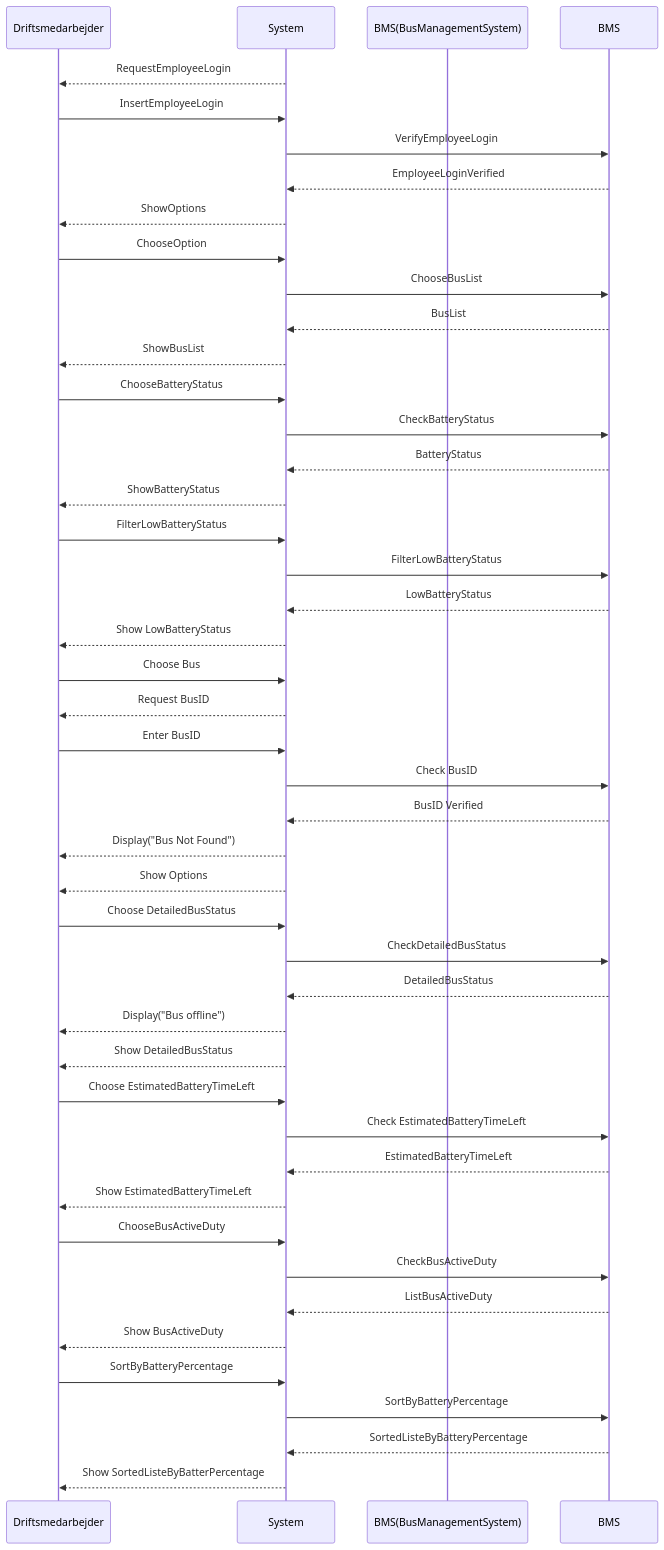
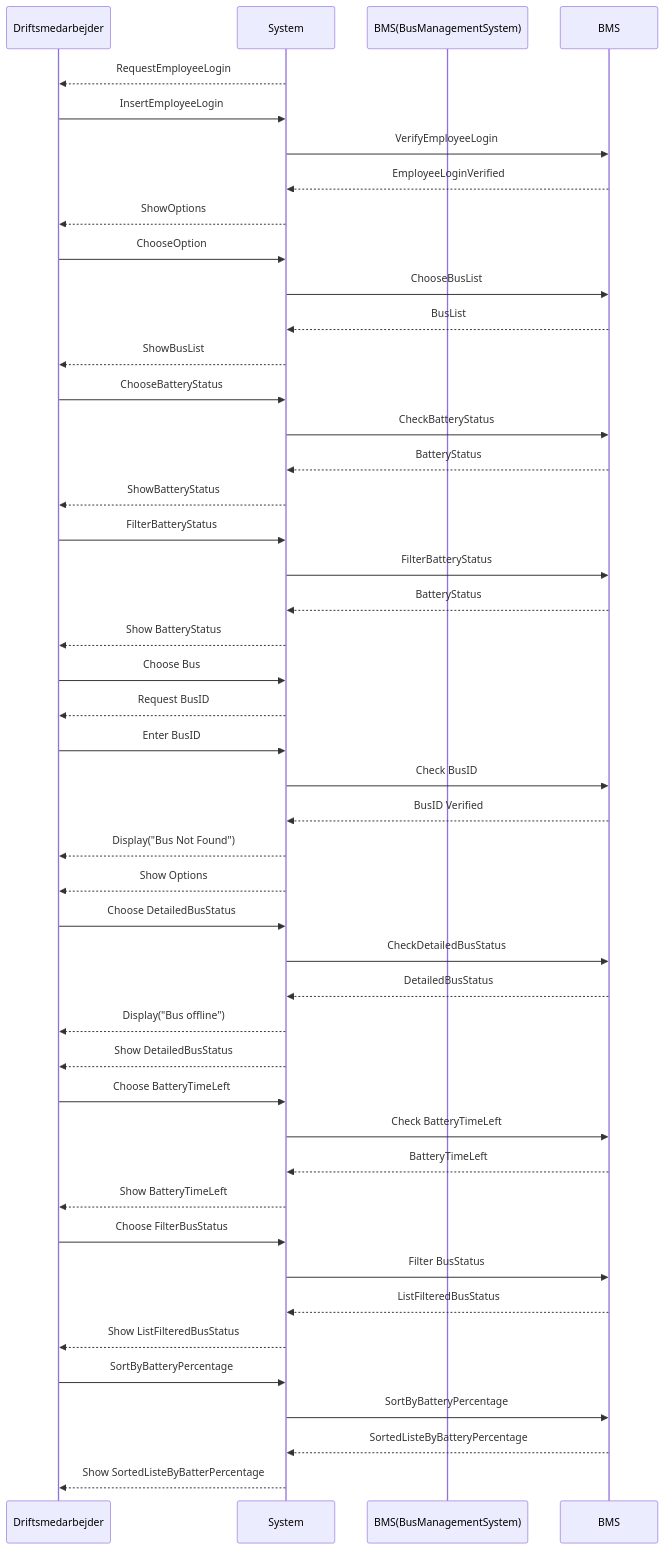
Before and after one commit to Team-14-pa-UCL/Getting-Real2: the diagram in Dokumentation/Iteration 1/Use Case 2/SD.mmd, drawn with Mermaid. The commit also changed 2 other files, not shown here.

Commit message:
Changes to SD: Replaced ChooseActive bus with FilterBusStatus. Logic: We can sort on enumeration status ie. whether a bus is in active service or at the garage charging.

```diff
--- a/Dokumentation/Iteration 1/Use Case 2/SD.mmd
+++ b/Dokumentation/Iteration 1/Use Case 2/SD.mmd
@@ -1,55 +1,55 @@
 sequenceDiagram
 	participant Driftsmedarbejder
 	participant System
 	participant BMS(BusManagementSystem)
 
 	System-->>Driftsmedarbejder: RequestEmployeeLogin
 	Driftsmedarbejder->>System: InsertEmployeeLogin
 
 	System->>BMS: VerifyEmployeeLogin
 	BMS-->>System: EmployeeLoginVerified
 
 	System-->>Driftsmedarbejder: ShowOptions
 	Driftsmedarbejder->>System: ChooseOption
 
 	System->>BMS: ChooseBusList
 	BMS-->>System: BusList
 	System-->>Driftsmedarbejder: ShowBusList
 
 	Driftsmedarbejder->>System: ChooseBatteryStatus
 	System->>BMS: CheckBatteryStatus
 	BMS-->>System: BatteryStatus
 	System-->>Driftsmedarbejder: ShowBatteryStatus
 
-	Driftsmedarbejder->>System: FilterLowBatteryStatus
-	System->>BMS: FilterLowBatteryStatus
-	BMS-->>System: LowBatteryStatus
-	System-->>Driftsmedarbejder: Show LowBatteryStatus
+	Driftsmedarbejder->>System: FilterBatteryStatus
+	System->>BMS: FilterBatteryStatus
+	BMS-->>System: BatteryStatus
+	System-->>Driftsmedarbejder: Show BatteryStatus
 
 	Driftsmedarbejder->>System: Choose Bus
 	System-->>Driftsmedarbejder: Request BusID
 	Driftsmedarbejder->>System: Enter BusID
 	System->>BMS: Check BusID
 	BMS-->>System: BusID Verified
 	System-->>Driftsmedarbejder: Display("Bus Not Found")
 	System-->>Driftsmedarbejder: Show Options
 	Driftsmedarbejder->>System: Choose DetailedBusStatus
 	System->>BMS: CheckDetailedBusStatus
 	BMS-->>System: DetailedBusStatus
 	System-->>Driftsmedarbejder: Display("Bus offline")
 	System-->>Driftsmedarbejder: Show DetailedBusStatus
 	
-	Driftsmedarbejder->>System: Choose EstimatedBatteryTimeLeft
-	System->>BMS: Check EstimatedBatteryTimeLeft
-	BMS-->>System: EstimatedBatteryTimeLeft
-	System-->>Driftsmedarbejder: Show EstimatedBatteryTimeLeft
+	Driftsmedarbejder->>System: Choose BatteryTimeLeft
+	System->>BMS: Check BatteryTimeLeft
+	BMS-->>System: BatteryTimeLeft
+	System-->>Driftsmedarbejder: Show BatteryTimeLeft
 
-	Driftsmedarbejder->>System: ChooseBusActiveDuty
-	System->>BMS: CheckBusActiveDuty
-	BMS-->>System: ListBusActiveDuty
-	System-->>Driftsmedarbejder: Show BusActiveDuty
+	Driftsmedarbejder->>System: Choose FilterBusStatus
+	System->>BMS: Filter BusStatus
+	BMS-->>System: ListFilteredBusStatus
+	System-->>Driftsmedarbejder: Show ListFilteredBusStatus
 
 	Driftsmedarbejder->>System: SortByBatteryPercentage
 	System->>BMS: SortByBatteryPercentage
 	BMS-->>System: SortedListeByBatteryPercentage
 	System-->>Driftsmedarbejder: Show SortedListeByBatterPercentage
```
